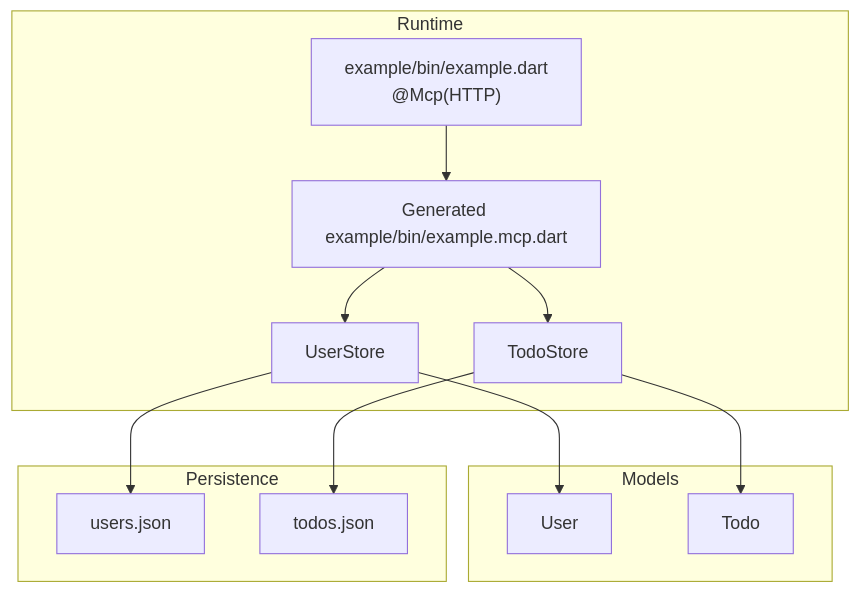
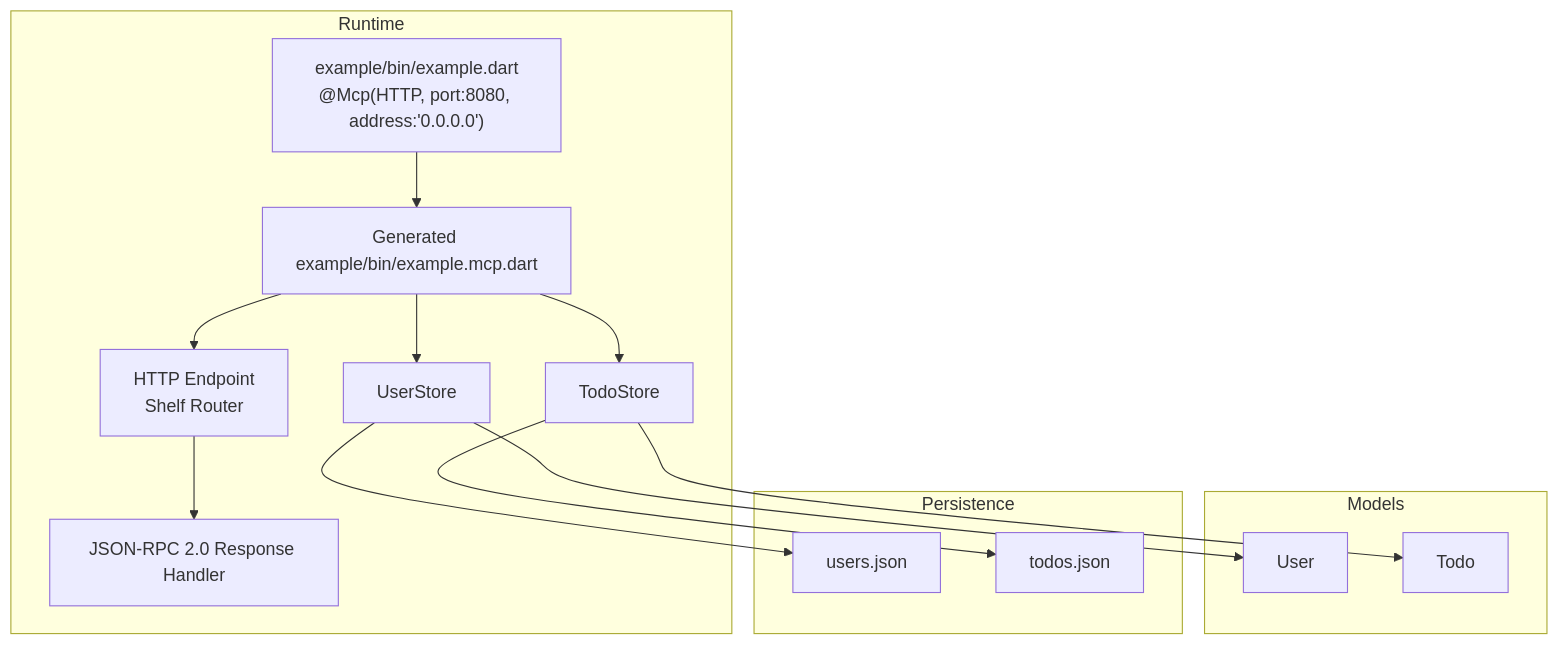
The second of 8 diagrams in .qoder/repowiki/en/content/Example Implementation/Example Implementation.md (cdavis-code/easy_mcp_workspace), drawn with Mermaid before and after one commit. The commit also changed other lines of this file and 14 other files, not shown here.

````diff
--- a/.qoder/repowiki/en/content/Example Implementation/Example Implementation.md
+++ b/.qoder/repowiki/en/content/Example Implementation/Example Implementation.md
@@ -127,24 +138,28 @@
 ```mermaid
 graph TB
 subgraph "Runtime"
-ENTRY["example/bin/example.dart<br/>@Mcp(HTTP)"]
+ENTRY["example/bin/example.dart<br/>@Mcp(HTTP, port:8080, address:'0.0.0.0')"]
 GEN["Generated example/bin/example.mcp.dart"]
 STORE_USER["UserStore"]
 STORE_TODO["TodoStore"]
+ENDPOINT["HTTP Endpoint<br/>Shelf Router"]
+RESPONSE["JSON-RPC 2.0 Response Handler"]
 end
 subgraph "Models"
 MODEL_USER["User"]
 MODEL_TODO["Todo"]
 end
 subgraph "Persistence"
 FILE_USERS["users.json"]
 FILE_TODOS["todos.json"]
 end
 ENTRY --> GEN
 GEN --> STORE_USER
 GEN --> STORE_TODO
+GEN --> ENDPOINT
+ENDPOINT --> RESPONSE
 STORE_USER --> MODEL_USER
 STORE_TODO --> MODEL_TODO
 STORE_USER --> FILE_USERS
 STORE_TODO --> FILE_TODOS
 ```
````
